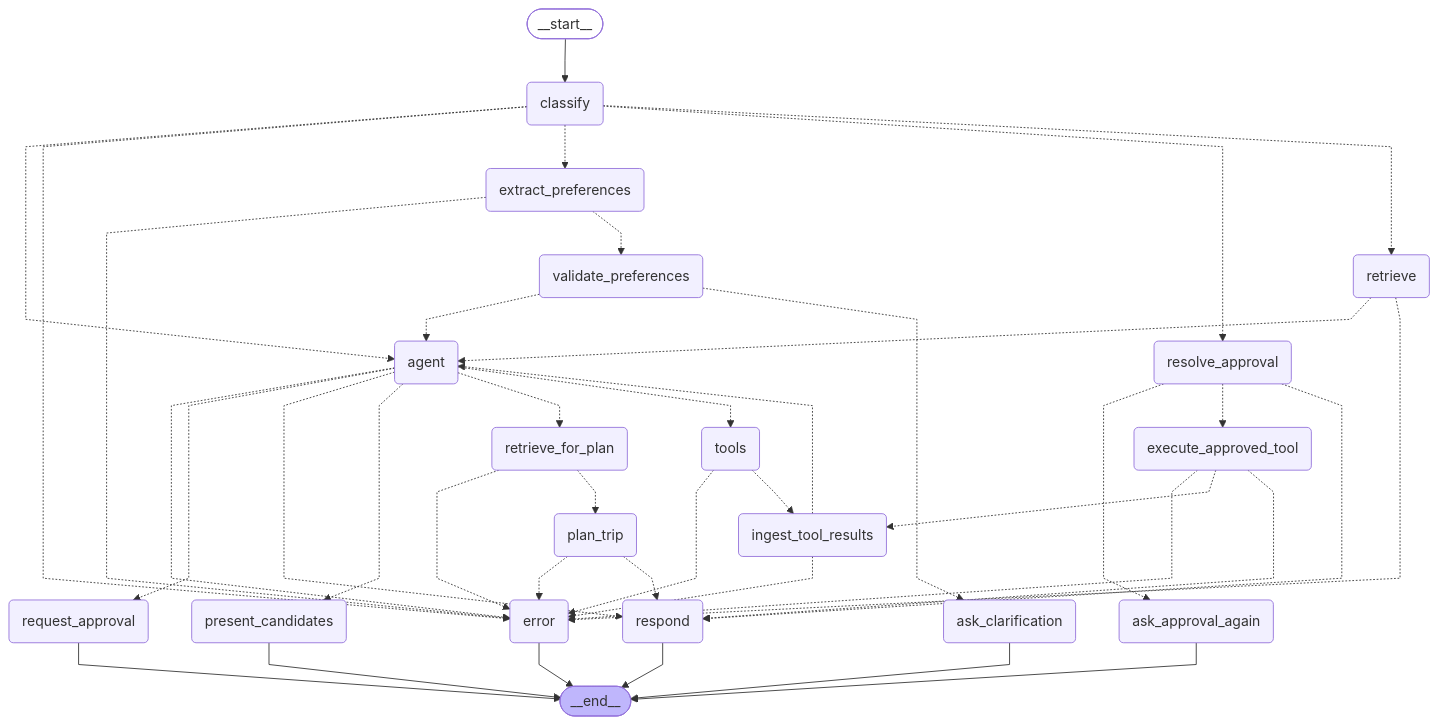
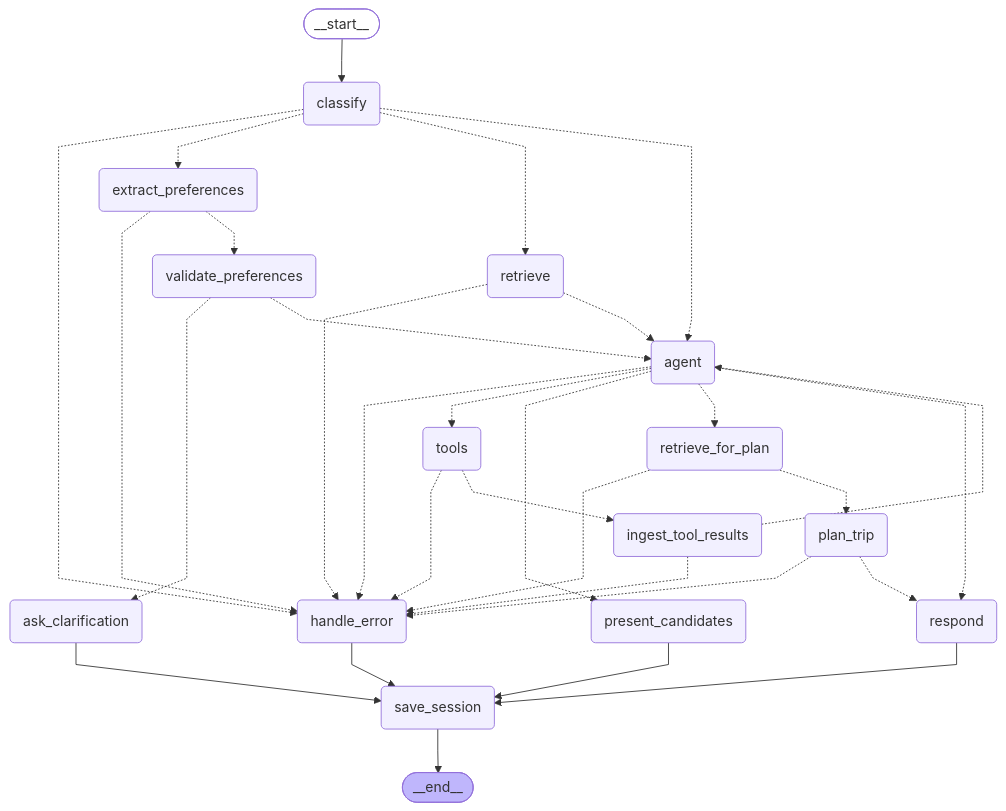
Before and after one commit to KDJ0899/test: the diagram in docs/graph.mmd, drawn with Mermaid. The commit also changed 15 other files, not shown here.

First line of the commit message:
refactor: 일정 저장(save_trip_plan)과 승인(HITL) 흐름 제거, 가이드 RAG는 유지

```diff
--- a/docs/graph.mmd
+++ b/docs/graph.mmd
@@ -1,66 +1,50 @@
----
-config:
-  flowchart:
-    curve: linear
----
+%%{init: {'flowchart': {'curve': 'linear'}}}%%
 graph TD;
 	__start__([<p>__start__</p>]):::first
 	classify(classify)
 	extract_preferences(extract_preferences)
 	validate_preferences(validate_preferences)
 	ask_clarification(ask_clarification)
 	retrieve(retrieve)
 	retrieve_for_plan(retrieve_for_plan)
-	present_candidates(present_candidates)
 	agent(agent)
 	tools(tools)
 	ingest_tool_results(ingest_tool_results)
+	present_candidates(present_candidates)
 	plan_trip(plan_trip)
-	request_approval(request_approval)
-	resolve_approval(resolve_approval)
-	ask_approval_again(ask_approval_again)
-	execute_approved_tool(execute_approved_tool)
 	respond(respond)
-	error(error)
+	handle_error(handle_error)
+	save_session(save_session)
 	__end__([<p>__end__</p>]):::last
 	__start__ --> classify;
-	agent -.-> error;
-	agent -.-> request_approval;
-	agent -.-> respond;
+	ask_clarification --> save_session;
+	handle_error --> save_session;
+	present_candidates --> save_session;
+	respond --> save_session;
+	save_session --> __end__;
+	classify -.-> handle_error;
+	classify -.-> extract_preferences;
+	classify -.-> retrieve;
+	classify -.-> agent;
+	extract_preferences -.-> handle_error;
+	extract_preferences -.-> validate_preferences;
+	validate_preferences -.-> ask_clarification;
+	validate_preferences -.-> agent;
+	agent -.-> handle_error;
+	agent -.-> tools;
 	agent -.-> present_candidates;
 	agent -.-> retrieve_for_plan;
-	present_candidates --> __end__;
-	agent -.-> tools;
-	classify -.-> agent;
-	classify -.-> error;
-	classify -.-> extract_preferences;
-	classify -.-> resolve_approval;
-	classify -.-> retrieve;
-	execute_approved_tool -.-> error;
-	execute_approved_tool -.-> ingest_tool_results;
-	execute_approved_tool -.-> respond;
-	extract_preferences -.-> error;
-	extract_preferences -.-> validate_preferences;
+	agent -.-> respond;
+	retrieve -.-> handle_error;
+	retrieve -.-> agent;
+	retrieve_for_plan -.-> handle_error;
+	retrieve_for_plan -.-> plan_trip;
+	tools -.-> handle_error;
+	tools -.-> ingest_tool_results;
+	ingest_tool_results -.-> handle_error;
 	ingest_tool_results -.-> agent;
-	ingest_tool_results -.-> error;
-	plan_trip -.-> error;
+	plan_trip -.-> handle_error;
 	plan_trip -.-> respond;
-	resolve_approval -.-> ask_approval_again;
-	resolve_approval -.-> execute_approved_tool;
-	resolve_approval -.-> respond;
-	retrieve -.-> agent;
-	retrieve -.-> error;
-	retrieve_for_plan -.-> error;
-	retrieve_for_plan -.-> plan_trip;
-	tools -.-> error;
-	tools -.-> ingest_tool_results;
-	validate_preferences -.-> agent;
-	validate_preferences -.-> ask_clarification;
-	ask_approval_again --> __end__;
-	ask_clarification --> __end__;
-	error --> __end__;
-	request_approval --> __end__;
-	respond --> __end__;
 	classDef default fill:#f2f0ff,line-height:1.2
 	classDef first fill-opacity:0
 	classDef last fill:#bfb6fc
```
